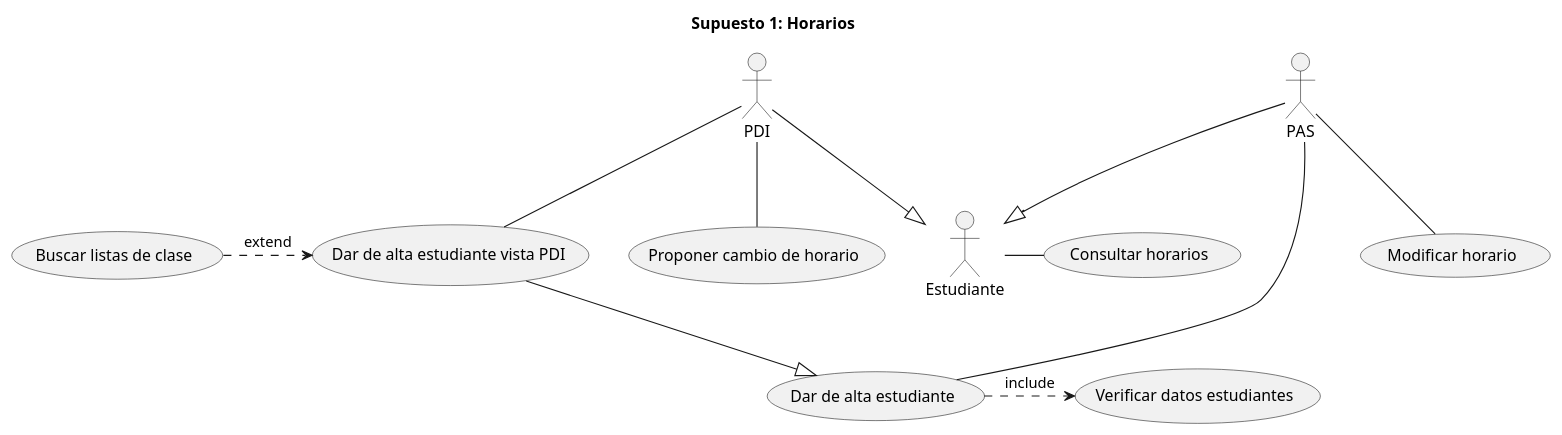
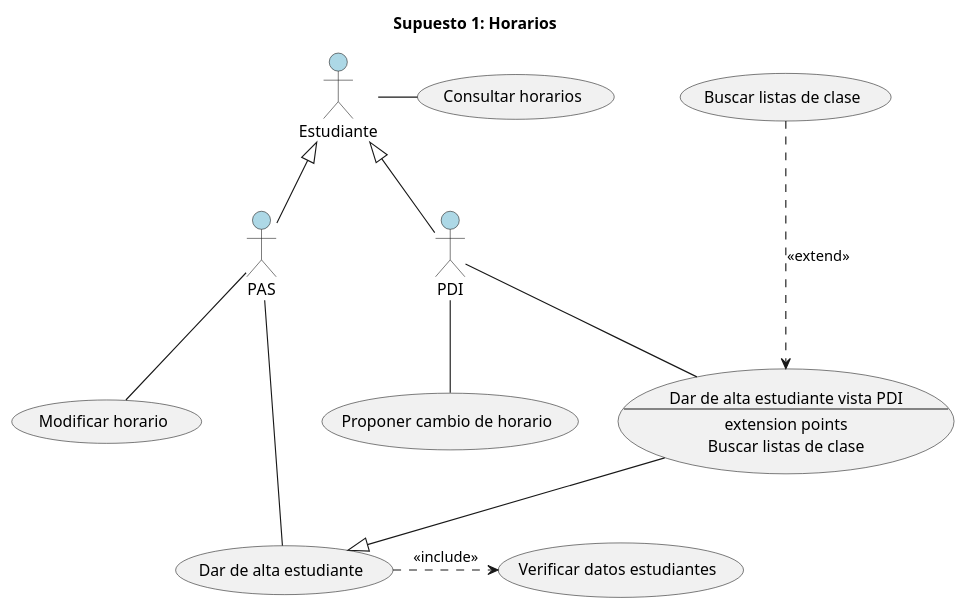
The diagram in lab0/src/horarios.puml (ags000/INRE-UAL-TURQUESA-2022), drawn with PlantUML before and after one commit. The commit also changed 1 other file, not shown here.

```diff
--- a/lab0/src/horarios.puml
+++ b/lab0/src/horarios.puml
@@ -1,16 +1,36 @@
 @startuml horarios
 title Supuesto 1: Horarios
-:PDI:
-:PAS:
-:Estudiante:
-Estudiante - (Consultar horarios)
-PDI -- (Proponer cambio de horario)
-PDI -- (Dar de alta estudiante vista PDI)
-(Dar de alta estudiante vista PDI) --|> (Dar de alta estudiante)  
-(Buscar listas de clase) .> (Dar de alta estudiante vista PDI) : extend
-PAS -- (Dar de alta estudiante) 
-(Dar de alta estudiante) .> (Verificar datos estudiantes) : include
-PAS -- (Modificar horario) 
-PDI --|> Estudiante
-PAS --|> Estudiante
+actor PDI #LightBlue
+actor PAS #LightBlue
+actor Estudiante as E #LightBlue
+
+/'1º Definir casos de uso. 2º Herencias. 3º Relaciones de casos de uso'/
+
+
+/'DEFINICIONES DE CASOS DE USO'/
+"Consultar horarios" as (CH)
+"Proponer cambio de horario" as (PCH)
+"Dar de alta estudiante" as (DAE)
+"Buscar listas de clase" as (BLC)
+"Verificar datos estudiantes" as (VDE)
+"Modificar horario" as (MH)
+
+usecase DAEV as "Dar de alta estudiante vista PDI
+--
+extension points
+Buscar listas de clase"
+
+/'HERENCIAS ENTRE ACTORES'/
+PDI -up-|> E
+PAS -up-|> E
+
+/'RELACIONES CASOS DE USO'/
+E - (CH)
+PDI -- (PCH)
+PDI -- (DAEV)
+(DAEV) --|> (DAE)  
+(BLC) .--> (DAEV) : <<extend>>
+PAS -- (DAE) 
+(DAE) .> (VDE) : <<include>>
+PAS -- (MH) 
 @enduml
```
